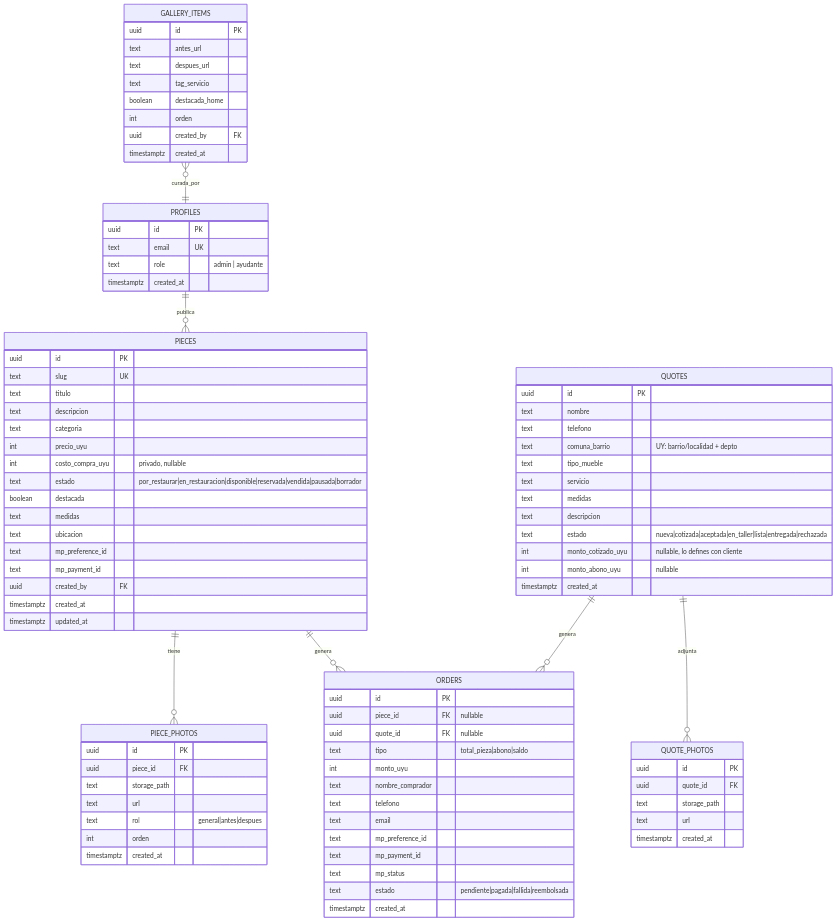
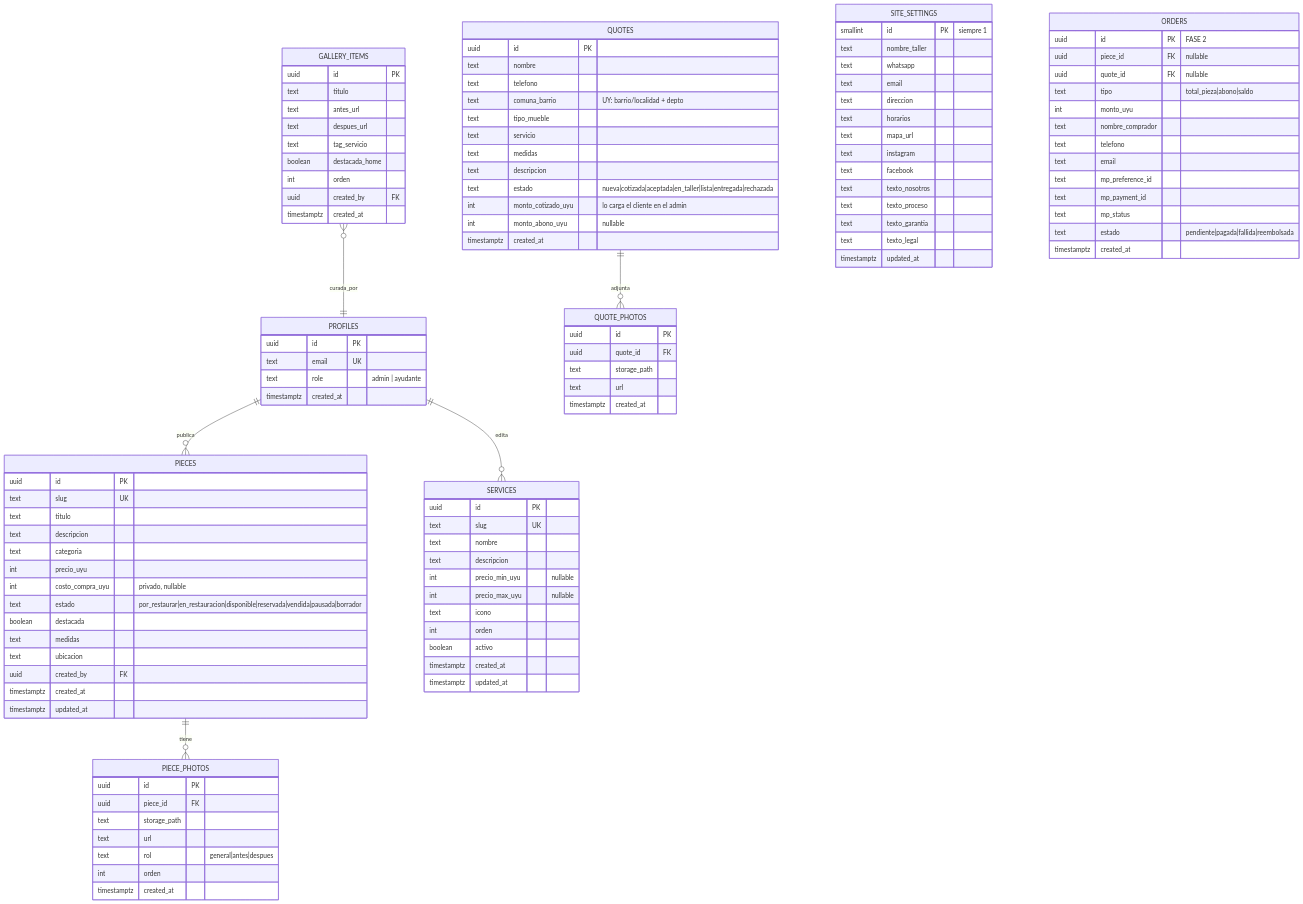
One commit to JMGProgrammer/lgrestoreuy-page changed the diagram in Docs/10-modelo-relacional.md. Above: the diagram before and after it, drawn with Mermaid. The commit also changed other lines of this file and 12 other files, not shown here.

````diff
--- a/Docs/10-modelo-relacional.md
+++ b/Docs/10-modelo-relacional.md
@@ -8,10 +9,9 @@
 ```mermaid
 erDiagram
   PROFILES ||--o{ PIECES : publica
+  PROFILES ||--o{ SERVICES : edita
   PIECES ||--o{ PIECE_PHOTOS : tiene
-  PIECES ||--o{ ORDERS : genera
   QUOTES ||--o{ QUOTE_PHOTOS : adjunta
-  QUOTES ||--o{ ORDERS : genera
   GALLERY_ITEMS }o--|| PROFILES : curada_por
 
   PROFILES {
@@ -19,6 +19,35 @@
     text email UK
     text role "admin | ayudante"
     timestamptz created_at
+  }
+  SERVICES {
+    uuid id PK
+    text slug UK
+    text nombre
+    text descripcion
+    int precio_min_uyu "nullable"
+    int precio_max_uyu "nullable"
+    text icono
+    int orden
+    boolean activo
+    timestamptz created_at
+    timestamptz updated_at
+  }
+  SITE_SETTINGS {
+    smallint id PK "siempre 1"
+    text nombre_taller
+    text whatsapp
+    text email
+    text direccion
+    text horarios
+    text mapa_url
+    text instagram
+    text facebook
+    text texto_nosotros
+    text texto_proceso
+    text texto_garantia
+    text texto_legal
+    timestamptz updated_at
   }
   PIECES {
     uuid id PK
@@ -32,8 +61,6 @@
     boolean destacada
     text medidas
     text ubicacion
-    text mp_preference_id
-    text mp_payment_id
     uuid created_by FK
     timestamptz created_at
     timestamptz updated_at
@@ -57,7 +84,7 @@
     text medidas
     text descripcion
     text estado "nueva|cotizada|aceptada|en_taller|lista|entregada|rechazada"
-    int monto_cotizado_uyu "nullable, lo defines con cliente"
+    int monto_cotizado_uyu "lo carga el cliente en el admin"
     int monto_abono_uyu "nullable"
     timestamptz created_at
   }
@@ -69,7 +96,7 @@
     timestamptz created_at
   }
   ORDERS {
-    uuid id PK
+    uuid id PK "FASE 2"
     uuid piece_id FK "nullable"
     uuid quote_id FK "nullable"
     text tipo "total_pieza|abono|saldo"
@@ -85,6 +112,7 @@
   }
   GALLERY_ITEMS {
     uuid id PK
+    text titulo
     text antes_url
     text despues_url
     text tag_servicio
````
